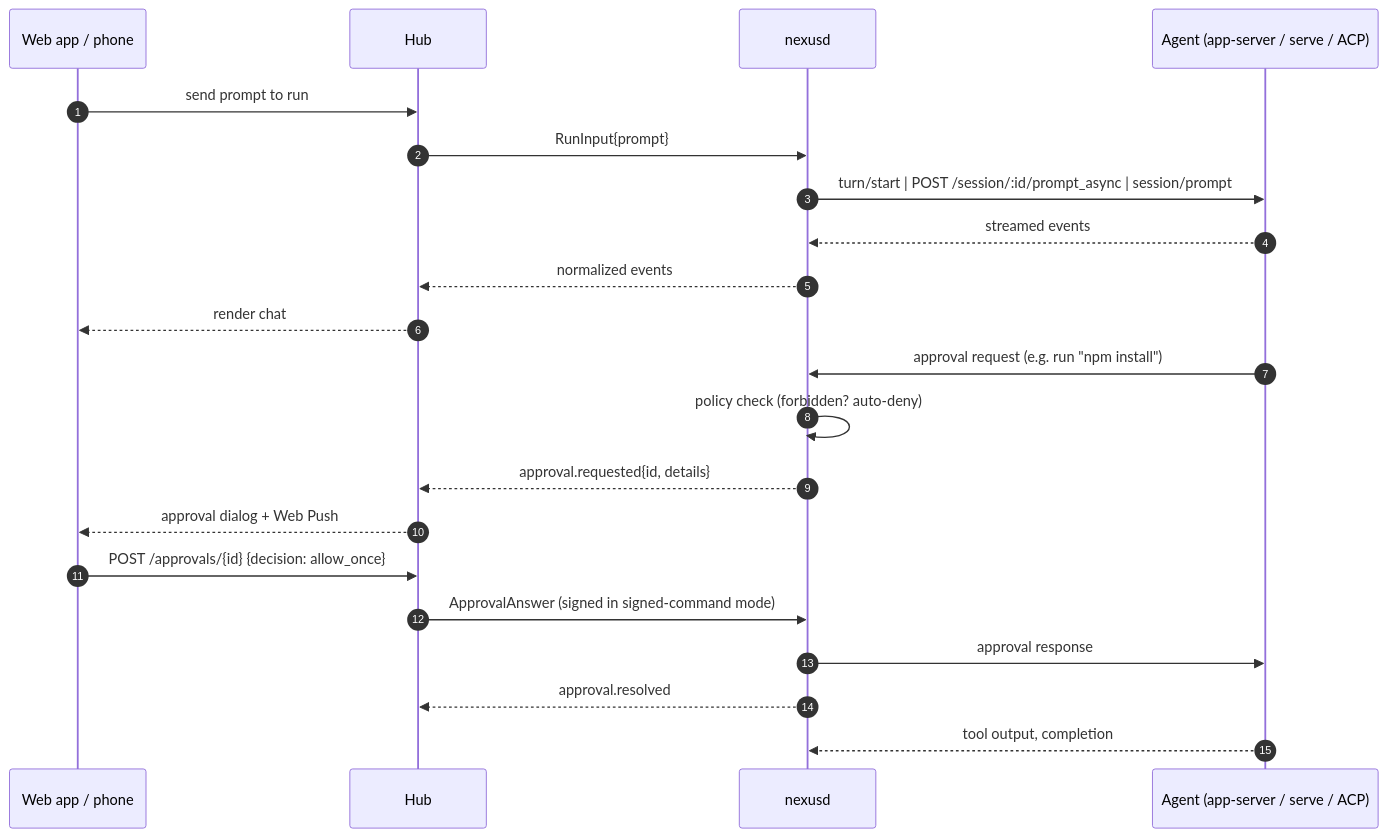
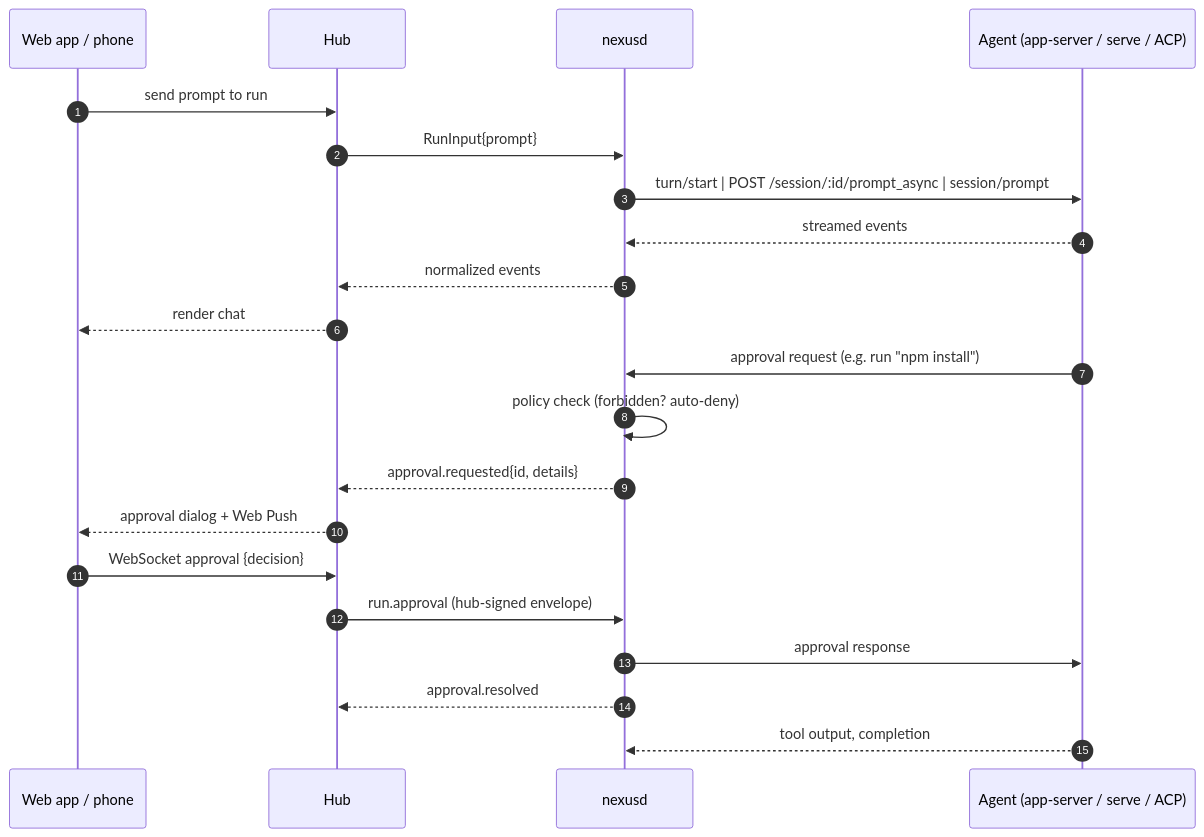
The sixth of 10 diagrams in docs/ARCHITECTURE.md (AlexanderWagnerDev/agent-nexus), drawn with Mermaid before and after one commit. The commit also changed other lines of this file, not shown here.

Commit message:
docs: align architecture, security and verification with the code

````diff
--- a/docs/ARCHITECTURE.md
+++ b/docs/ARCHITECTURE.md
@@ -393,24 +393,24 @@
 ```mermaid
 sequenceDiagram
     autonumber
     participant UI as Web app / phone
     participant HUB as Hub
     participant D as nexusd
     participant AG as Agent (app-server / serve / ACP)
 
     UI->>HUB: send prompt to run
     HUB->>D: RunInput{prompt}
     D->>AG: turn/start | POST /session/:id/prompt_async | session/prompt
     AG-->>D: streamed events
     D-->>HUB: normalized events
     HUB-->>UI: render chat
     AG->>D: approval request (e.g. run "npm install")
     D->>D: policy check (forbidden? auto-deny)
     D-->>HUB: approval.requested{id, details}
     HUB-->>UI: approval dialog + Web Push
-    UI->>HUB: POST /approvals/{id} {decision: allow_once}
-    HUB->>D: ApprovalAnswer (signed in signed-command mode)
+    UI->>HUB: WebSocket approval {decision}
+    HUB->>D: run.approval (hub-signed envelope)
     D->>AG: approval response
     D-->>HUB: approval.resolved
     AG-->>D: tool output, completion
 ```
````
